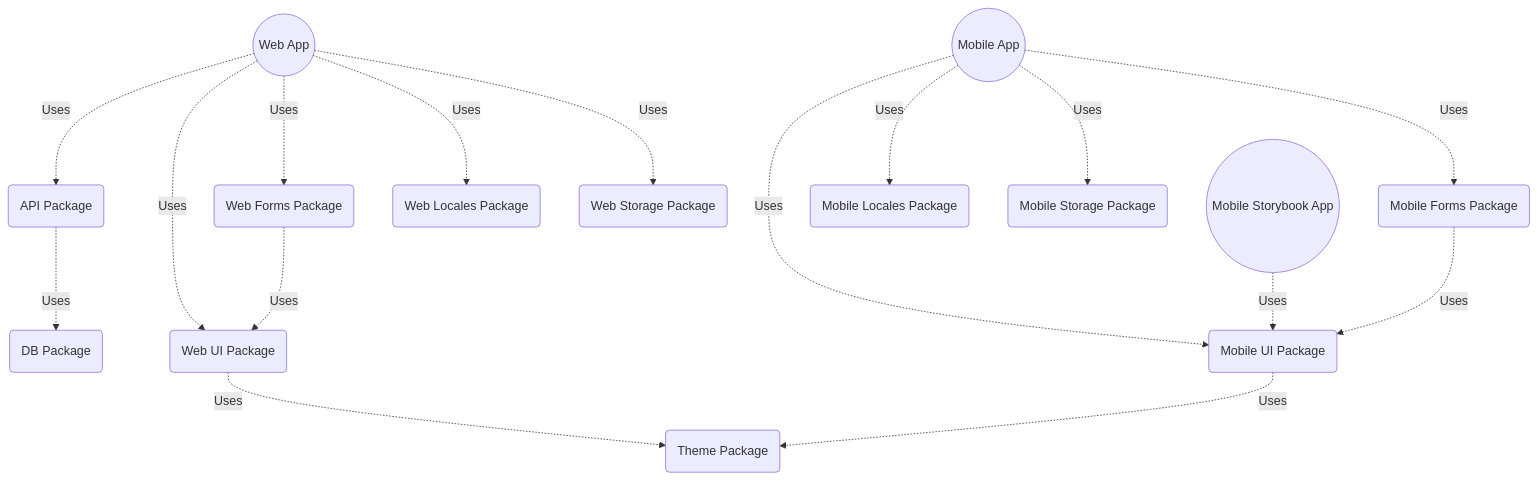
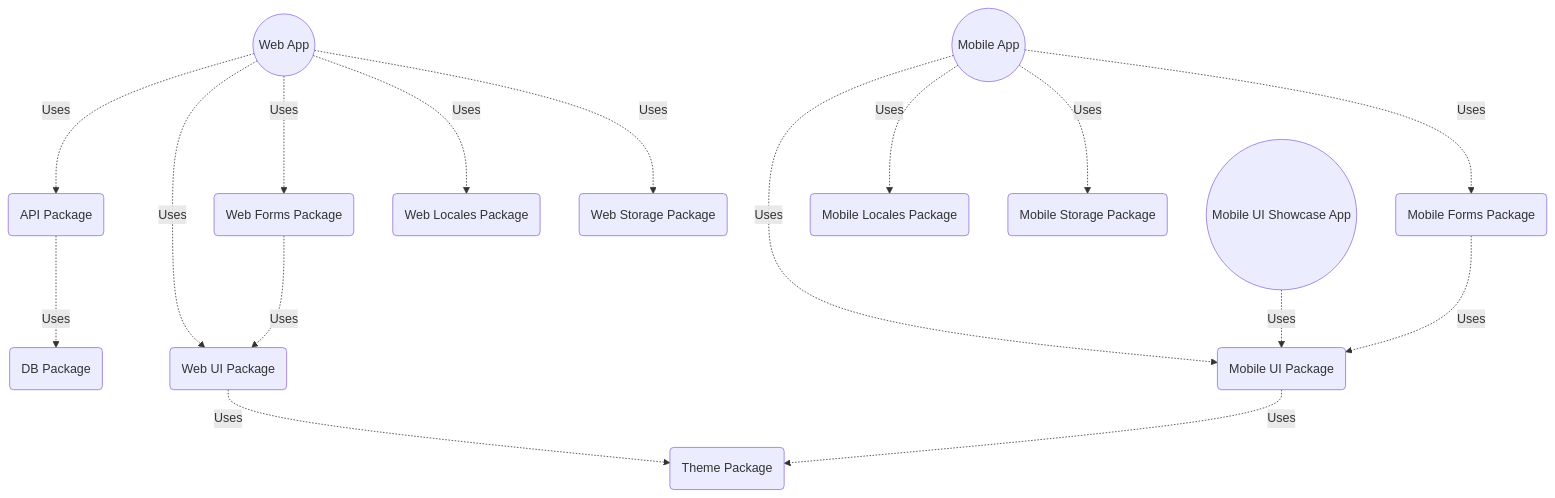
The second of 2 diagrams in docs/architecture/general.md (Rock-n-Prog/web-ts-monorepo-starter-pack), drawn with Mermaid before and after one commit. The commit also changed other lines of this file and 69 other files, not shown here.

First line of the commit message:
chore: add base mobile ui-showcase app (#155)

````diff
--- a/docs/architecture/general.md
+++ b/docs/architecture/general.md
@@ -36,33 +36,33 @@
 ```mermaid
 graph TD;
   apps-web((Web App))
   apps-mobile((Mobile App))
-  apps-mobile-storybook((Mobile Storybook App))
+  apps-mobile-ui-showcase((Mobile UI Showcase App))
   packages-db(DB Package)
   packages-api(API Package)
   packages-theme(Theme Package)
   packages-web-ui(Web UI Package)
   packages-web-forms(Web Forms Package)
   packages-web-locales(Web Locales Package)
   packages-web-storage(Web Storage Package)
   packages-mobile-ui(Mobile UI Package)
   packages-mobile-forms(Mobile Forms Package)
   packages-mobile-locales(Mobile Locales Package)
   packages-mobile-storage(Mobile Storage Package)
 
   apps-web -.-> |Uses| packages-api
   apps-web -.-> |Uses| packages-web-ui
   apps-web -.-> |Uses| packages-web-forms
   apps-web -.-> |Uses| packages-web-locales
   apps-web -.-> |Uses| packages-web-storage
   apps-mobile -.-> |Uses| packages-mobile-ui
   apps-mobile -.-> |Uses| packages-mobile-forms
   apps-mobile -.-> |Uses| packages-mobile-locales
   apps-mobile -.-> |Uses| packages-mobile-storage
-  apps-mobile-storybook -.-> |Uses| packages-mobile-ui
+  apps-mobile-ui-showcase -.-> |Uses| packages-mobile-ui
   packages-api -.-> |Uses| packages-db
   packages-web-ui -.-> |Uses| packages-theme
   packages-mobile-ui -.-> |Uses| packages-theme
   packages-web-forms -.-> |Uses| packages-web-ui
   packages-mobile-forms -.-> |Uses| packages-mobile-ui
 ```
````
